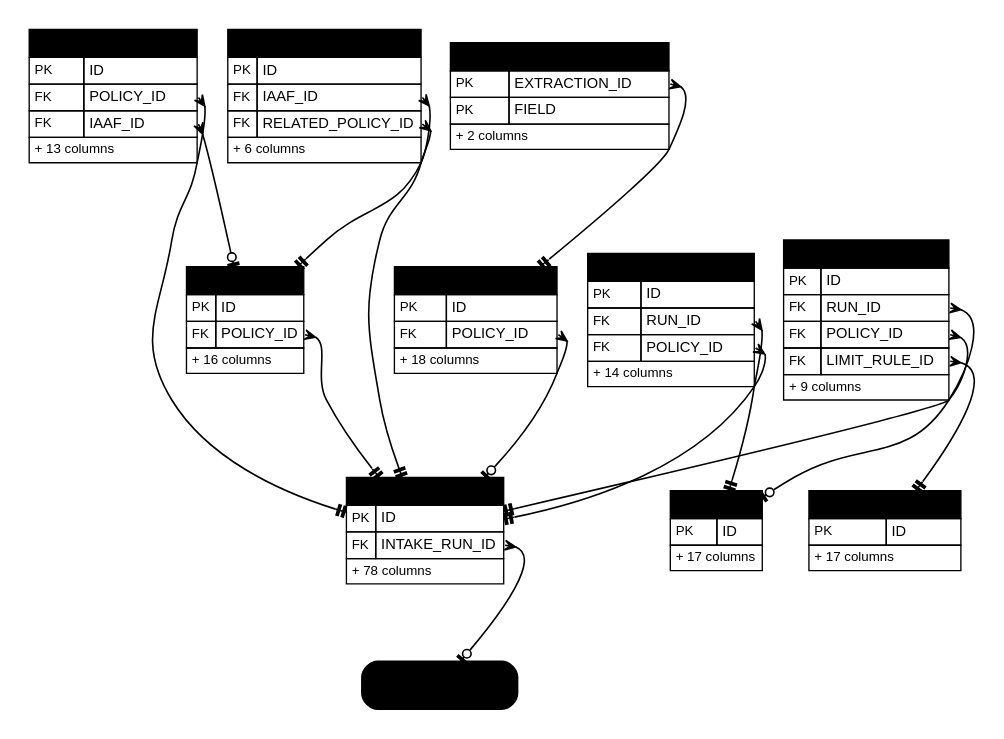
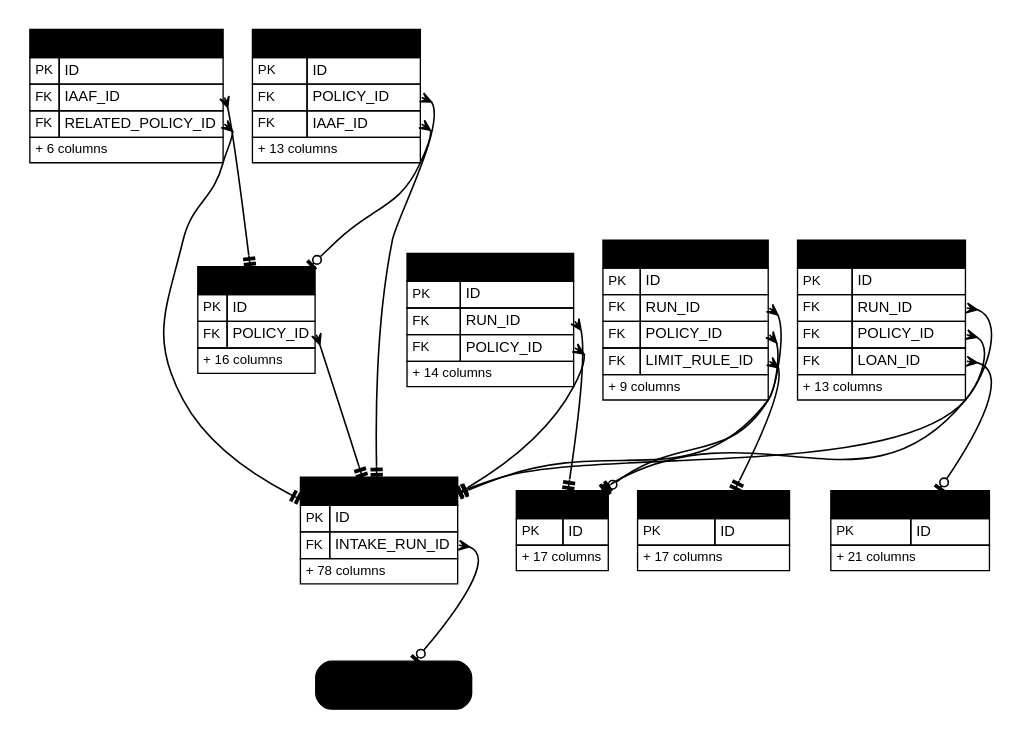
One commit to IortaTexhNXT-DEV/FinVerse changed the diagram in docs/deliverables/src/programme/security_data/figures/erd/d16_submitted_1.dot. Above: the diagram before and after it, drawn with Graphviz. The commit also changed 58 other files, not shown here.

```diff
--- a/docs/deliverables/src/programme/security_data/figures/erd/d16_submitted_1.dot
+++ b/docs/deliverables/src/programme/security_data/figures/erd/d16_submitted_1.dot
@@ -1,29 +1,30 @@
 digraph erd {
   graph [rankdir=TB, fontname="Arial", nodesep=0.3, ranksep=0.8, pad=0.2, bgcolor="white"];
   node [shape=plain, fontname="Arial"];
   edge [color="@CTA_BLUE", arrowsize=0.8, penwidth=1.2, dir=both];
-  "sbm_extraction" [label=<<table border="0" cellborder="1" cellspacing="0" cellpadding="3" color="@BORDER"><tr><td bgcolor="@HEADER_BLUE" align="left" colspan="2"><font color="@WHITE" point-size="12"><b>SBM_EXTRACTION</b></font></td></tr><tr><td align="left"><font point-size="10" color="@MUTED">PK</font></td><td align="left" port="id"><font point-size="11">ID</font></td></tr><tr><td align="left"><font point-size="10" color="@MUTED">FK</font></td><td align="left" port="policy_id"><font point-size="11">POLICY_ID</font></td></tr><tr><td colspan="2" align="left"><font point-size="10" color="@MUTED">+ 18 columns</font></td></tr></table>>];
-  "sbm_extraction_field" [label=<<table border="0" cellborder="1" cellspacing="0" cellpadding="3" color="@BORDER"><tr><td bgcolor="@HEADER_BLUE" align="left" colspan="2"><font color="@WHITE" point-size="12"><b>SBM_EXTRACTION_FIELD</b></font></td></tr><tr><td align="left"><font point-size="10" color="@MUTED">PK</font></td><td align="left" port="extraction_id"><font point-size="11">EXTRACTION_ID</font></td></tr><tr><td align="left"><font point-size="10" color="@MUTED">PK</font></td><td align="left" port="field"><font point-size="11">FIELD</font></td></tr><tr><td colspan="2" align="left"><font point-size="10" color="@MUTED">+ 2 columns</font></td></tr></table>>];
   "sbm_iaaf" [label=<<table border="0" cellborder="1" cellspacing="0" cellpadding="3" color="@BORDER"><tr><td bgcolor="@HEADER_BLUE" align="left" colspan="2"><font color="@WHITE" point-size="12"><b>SBM_IAAF</b></font></td></tr><tr><td align="left"><font point-size="10" color="@MUTED">PK</font></td><td align="left" port="id"><font point-size="11">ID</font></td></tr><tr><td align="left"><font point-size="10" color="@MUTED">FK</font></td><td align="left" port="policy_id"><font point-size="11">POLICY_ID</font></td></tr><tr><td colspan="2" align="left"><font point-size="10" color="@MUTED">+ 16 columns</font></td></tr></table>>];
   "sbm_iaaf_link" [label=<<table border="0" cellborder="1" cellspacing="0" cellpadding="3" color="@BORDER"><tr><td bgcolor="@HEADER_BLUE" align="left" colspan="2"><font color="@WHITE" point-size="12"><b>SBM_IAAF_LINK</b></font></td></tr><tr><td align="left"><font point-size="10" color="@MUTED">PK</font></td><td align="left" port="id"><font point-size="11">ID</font></td></tr><tr><td align="left"><font point-size="10" color="@MUTED">FK</font></td><td align="left" port="iaaf_id"><font point-size="11">IAAF_ID</font></td></tr><tr><td align="left"><font point-size="10" color="@MUTED">FK</font></td><td align="left" port="related_policy_id"><font point-size="11">RELATED_POLICY_ID</font></td></tr><tr><td colspan="2" align="left"><font point-size="10" color="@MUTED">+ 6 columns</font></td></tr></table>>];
   "sbm_iaaf_review" [label=<<table border="0" cellborder="1" cellspacing="0" cellpadding="3" color="@BORDER"><tr><td bgcolor="@HEADER_BLUE" align="left" colspan="2"><font color="@WHITE" point-size="12"><b>SBM_IAAF_REVIEW</b></font></td></tr><tr><td align="left"><font point-size="10" color="@MUTED">PK</font></td><td align="left" port="id"><font point-size="11">ID</font></td></tr><tr><td align="left"><font point-size="10" color="@MUTED">FK</font></td><td align="left" port="policy_id"><font point-size="11">POLICY_ID</font></td></tr><tr><td align="left"><font point-size="10" color="@MUTED">FK</font></td><td align="left" port="iaaf_id"><font point-size="11">IAAF_ID</font></td></tr><tr><td colspan="2" align="left"><font point-size="10" color="@MUTED">+ 13 columns</font></td></tr></table>>];
+  "sbm_lamd_loan" [label=<<table border="0" cellborder="1" cellspacing="0" cellpadding="3" color="@BORDER"><tr><td bgcolor="@HEADER_BLUE" align="left" colspan="2"><font color="@WHITE" point-size="12"><b>SBM_LAMD_LOAN</b></font></td></tr><tr><td align="left"><font point-size="10" color="@MUTED">PK</font></td><td align="left" port="id"><font point-size="11">ID</font></td></tr><tr><td colspan="2" align="left"><font point-size="10" color="@MUTED">+ 21 columns</font></td></tr></table>>];
   "sbm_limit_check" [label=<<table border="0" cellborder="1" cellspacing="0" cellpadding="3" color="@BORDER"><tr><td bgcolor="@HEADER_BLUE" align="left" colspan="2"><font color="@WHITE" point-size="12"><b>SBM_LIMIT_CHECK</b></font></td></tr><tr><td align="left"><font point-size="10" color="@MUTED">PK</font></td><td align="left" port="id"><font point-size="11">ID</font></td></tr><tr><td align="left"><font point-size="10" color="@MUTED">FK</font></td><td align="left" port="run_id"><font point-size="11">RUN_ID</font></td></tr><tr><td align="left"><font point-size="10" color="@MUTED">FK</font></td><td align="left" port="policy_id"><font point-size="11">POLICY_ID</font></td></tr><tr><td align="left"><font point-size="10" color="@MUTED">FK</font></td><td align="left" port="limit_rule_id"><font point-size="11">LIMIT_RULE_ID</font></td></tr><tr><td colspan="2" align="left"><font point-size="10" color="@MUTED">+ 9 columns</font></td></tr></table>>];
   "sbm_limit_rule" [label=<<table border="0" cellborder="1" cellspacing="0" cellpadding="3" color="@BORDER"><tr><td bgcolor="@HEADER_BLUE" align="left" colspan="2"><font color="@WHITE" point-size="12"><b>SBM_LIMIT_RULE</b></font></td></tr><tr><td align="left"><font point-size="10" color="@MUTED">PK</font></td><td align="left" port="id"><font point-size="11">ID</font></td></tr><tr><td colspan="2" align="left"><font point-size="10" color="@MUTED">+ 17 columns</font></td></tr></table>>];
+  "sbm_loan_match" [label=<<table border="0" cellborder="1" cellspacing="0" cellpadding="3" color="@BORDER"><tr><td bgcolor="@HEADER_BLUE" align="left" colspan="2"><font color="@WHITE" point-size="12"><b>SBM_LOAN_MATCH</b></font></td></tr><tr><td align="left"><font point-size="10" color="@MUTED">PK</font></td><td align="left" port="id"><font point-size="11">ID</font></td></tr><tr><td align="left"><font point-size="10" color="@MUTED">FK</font></td><td align="left" port="run_id"><font point-size="11">RUN_ID</font></td></tr><tr><td align="left"><font point-size="10" color="@MUTED">FK</font></td><td align="left" port="policy_id"><font point-size="11">POLICY_ID</font></td></tr><tr><td align="left"><font point-size="10" color="@MUTED">FK</font></td><td align="left" port="loan_id"><font point-size="11">LOAN_ID</font></td></tr><tr><td colspan="2" align="left"><font point-size="10" color="@MUTED">+ 13 columns</font></td></tr></table>>];
   "sbm_policy" [label=<<table border="0" cellborder="1" cellspacing="0" cellpadding="3" color="@BORDER"><tr><td bgcolor="@HEADER_BLUE" align="left" colspan="2"><font color="@WHITE" point-size="12"><b>SBM_POLICY</b></font></td></tr><tr><td align="left"><font point-size="10" color="@MUTED">PK</font></td><td align="left" port="id"><font point-size="11">ID</font></td></tr><tr><td align="left"><font point-size="10" color="@MUTED">FK</font></td><td align="left" port="intake_run_id"><font point-size="11">INTAKE_RUN_ID</font></td></tr><tr><td colspan="2" align="left"><font point-size="10" color="@MUTED">+ 78 columns</font></td></tr></table>>];
   "sbm_run" [label=<<table border="0" cellborder="1" cellspacing="0" cellpadding="3" color="@BORDER"><tr><td bgcolor="@HEADER_BLUE" align="left" colspan="2"><font color="@WHITE" point-size="12"><b>SBM_RUN</b></font></td></tr><tr><td align="left"><font point-size="10" color="@MUTED">PK</font></td><td align="left" port="id"><font point-size="11">ID</font></td></tr><tr><td colspan="2" align="left"><font point-size="10" color="@MUTED">+ 17 columns</font></td></tr></table>>];
   "sbm_run_result" [label=<<table border="0" cellborder="1" cellspacing="0" cellpadding="3" color="@BORDER"><tr><td bgcolor="@HEADER_BLUE" align="left" colspan="2"><font color="@WHITE" point-size="12"><b>SBM_RUN_RESULT</b></font></td></tr><tr><td align="left"><font point-size="10" color="@MUTED">PK</font></td><td align="left" port="id"><font point-size="11">ID</font></td></tr><tr><td align="left"><font point-size="10" color="@MUTED">FK</font></td><td align="left" port="run_id"><font point-size="11">RUN_ID</font></td></tr><tr><td align="left"><font point-size="10" color="@MUTED">FK</font></td><td align="left" port="policy_id"><font point-size="11">POLICY_ID</font></td></tr><tr><td colspan="2" align="left"><font point-size="10" color="@MUTED">+ 14 columns</font></td></tr></table>>];
   "sbm_intake_run" [shape=box, style="rounded,filled", fillcolor="@DIRTY_WHITE", color="@MUTED", fontsize=11, label=<<font color="@MUTED">SBM_INTAKE_RUN<br/><font point-size="9">SUBMITTED</font></font>>];
-  "sbm_extraction":"policy_id" -> "sbm_policy" [arrowtail=crow, arrowhead=teeodot];
-  "sbm_extraction_field":"extraction_id" -> "sbm_extraction" [arrowtail=crow, arrowhead=teetee];
   "sbm_iaaf":"policy_id" -> "sbm_policy" [arrowtail=crow, arrowhead=teetee];
   "sbm_iaaf_link":"iaaf_id" -> "sbm_iaaf" [arrowtail=crow, arrowhead=teetee];
   "sbm_iaaf_link":"related_policy_id" -> "sbm_policy" [arrowtail=crow, arrowhead=teetee];
   "sbm_iaaf_review":"iaaf_id" -> "sbm_iaaf" [arrowtail=crow, arrowhead=teeodot];
   "sbm_iaaf_review":"policy_id" -> "sbm_policy" [arrowtail=crow, arrowhead=teetee];
   "sbm_limit_check":"limit_rule_id" -> "sbm_limit_rule" [arrowtail=crow, arrowhead=teetee];
   "sbm_limit_check":"policy_id" -> "sbm_policy" [arrowtail=crow, arrowhead=teetee];
   "sbm_limit_check":"run_id" -> "sbm_run" [arrowtail=crow, arrowhead=teeodot];
+  "sbm_loan_match":"loan_id" -> "sbm_lamd_loan" [arrowtail=crow, arrowhead=teeodot];
+  "sbm_loan_match":"policy_id" -> "sbm_policy" [arrowtail=crow, arrowhead=teetee];
+  "sbm_loan_match":"run_id" -> "sbm_run" [arrowtail=crow, arrowhead=teetee];
   "sbm_policy":"intake_run_id" -> "sbm_intake_run" [arrowtail=crow, arrowhead=teeodot];
   "sbm_run_result":"policy_id" -> "sbm_policy" [arrowtail=crow, arrowhead=teetee];
   "sbm_run_result":"run_id" -> "sbm_run" [arrowtail=crow, arrowhead=teetee];
 }
```
